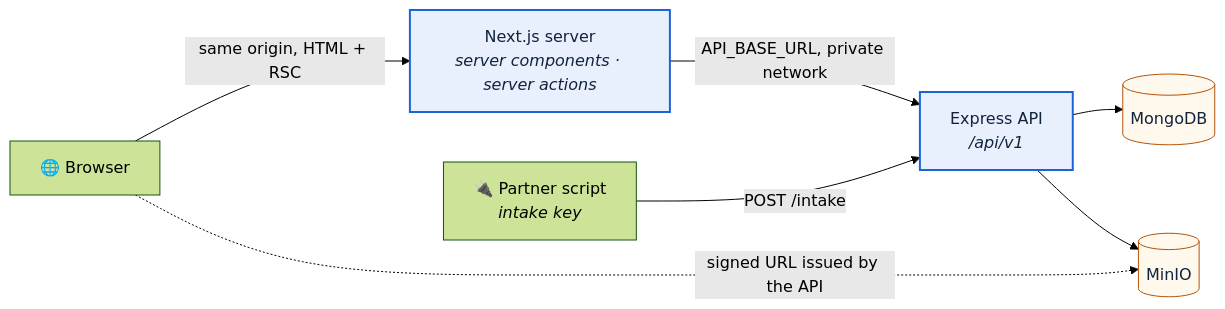
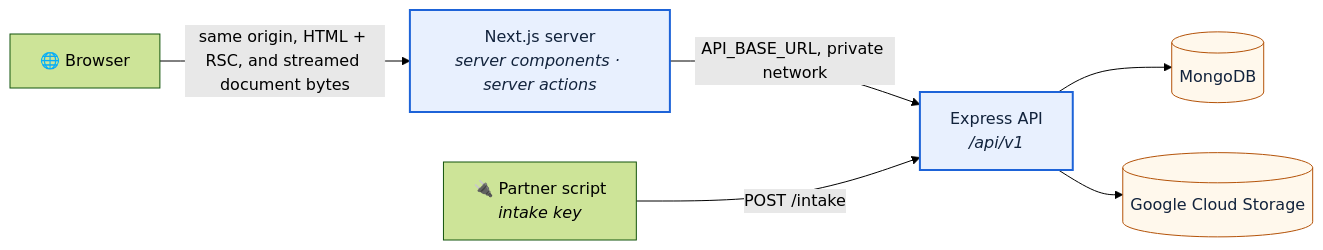
Before and after one commit to TORMomentum/Momentum: the diagram in docs/superpowers/specs/2026-09-10-rendering-data-fetching-design.md, drawn with Mermaid (forest theme). The commit also changed other lines of this file and 3 other files, not shown here.

First line of the commit message:
docs: storage on Google Cloud Storage, delivered by streaming

````diff
--- a/docs/superpowers/specs/2026-09-10-rendering-data-fetching-design.md
+++ b/docs/superpowers/specs/2026-09-10-rendering-data-fetching-design.md
@@ -41,21 +41,20 @@
 ```mermaid
 flowchart LR
     browser["🌐 Browser"]
     next["Next.js server<br/><i>server components · server actions</i>"]
     api["Express API<br/><i>/api/v1</i>"]
     mongo[("MongoDB")]
-    minio[("MinIO")]
+    gcs[("Google Cloud Storage")]
     partner["🔌 Partner script<br/><i>intake key</i>"]
 
-    browser -->|"same origin, HTML + RSC"| next
+    browser -->|"same origin, HTML + RSC, and streamed document bytes"| next
     next -->|"API_BASE_URL, private network"| api
-    browser -.->|"signed URL issued by the API"| minio
     partner -->|"POST /intake"| api
     api --> mongo
-    api --> minio
+    api --> gcs
 
     classDef trusted fill:#e8f0fe,stroke:#1d63d8,color:#12233c,stroke-width:2px
     classDef store fill:#fff8ec,stroke:#b45309,color:#12233c
     class next,api trusted
-    class mongo,minio store
+    class mongo,gcs store
 ```
````
